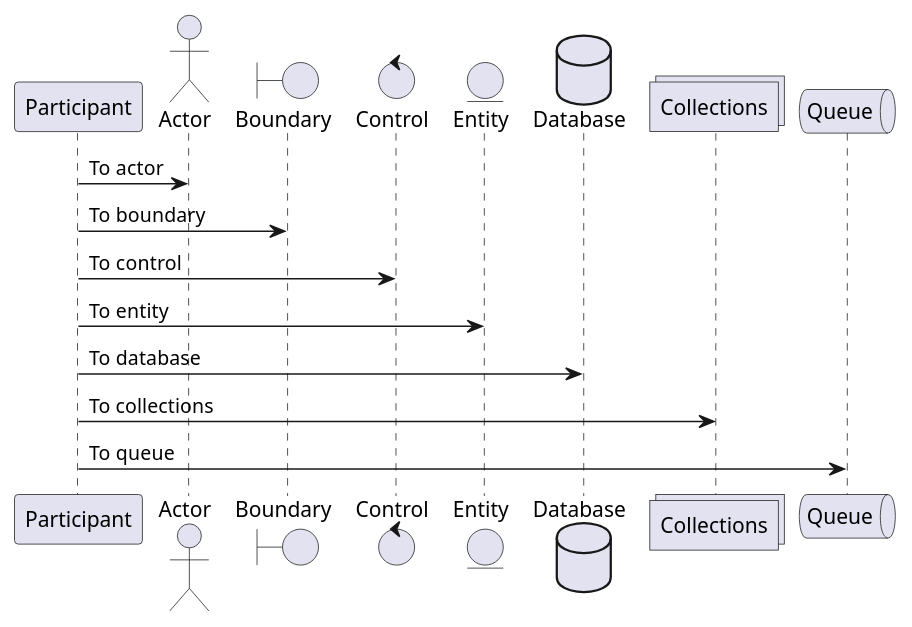
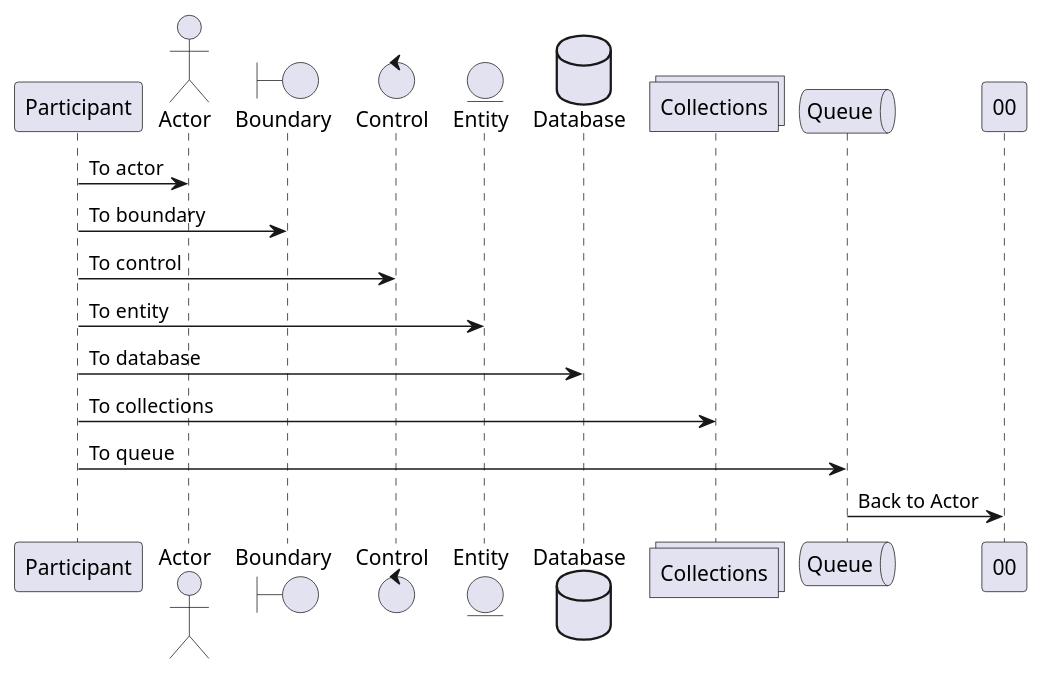
One commit to up-rev/sw-design-template changed the diagram in assets/diagrams/sequence.puml. Above: the diagram before and after it, drawn with PlantUML. The commit also changed 17 other files, not shown here.

```diff
--- a/assets/diagrams/sequence.puml
+++ b/assets/diagrams/sequence.puml
@@ -1,17 +1,18 @@
 @startuml
 participant Participant as Foo
 actor       Actor       as Foo1
 boundary    Boundary    as Foo2
 control     Control     as Foo3
 entity      Entity      as Foo4
 database    Database    as Foo5
 collections Collections as Foo6
 queue       Queue       as Foo7
 Foo -> Foo1 : To actor 
 Foo -> Foo2 : To boundary
 Foo -> Foo3 : To control
 Foo -> Foo4 : To entity
 Foo -> Foo5 : To database
 Foo -> Foo6 : To collections
 Foo -> Foo7: To queue
+Foo7 -> 00 : Back to Actor
 @enduml
```
